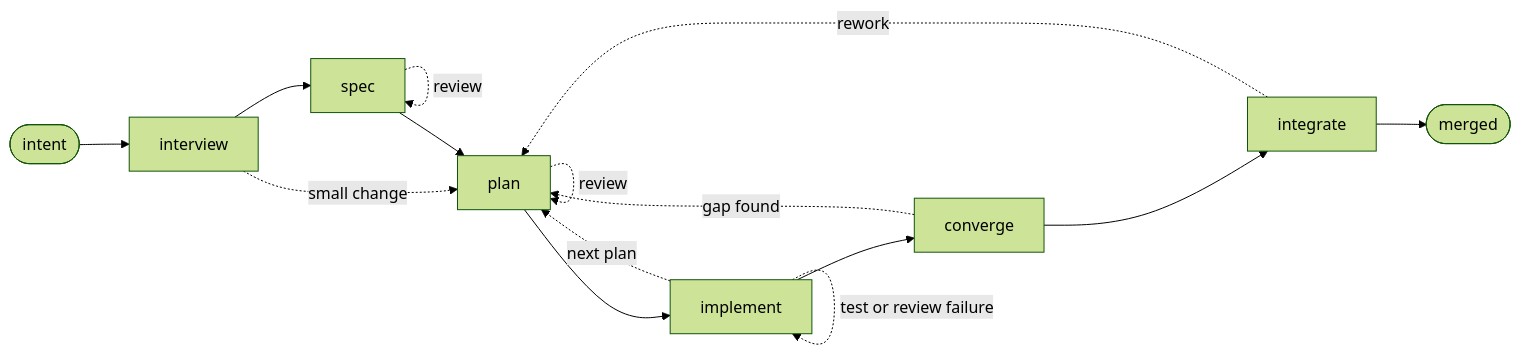
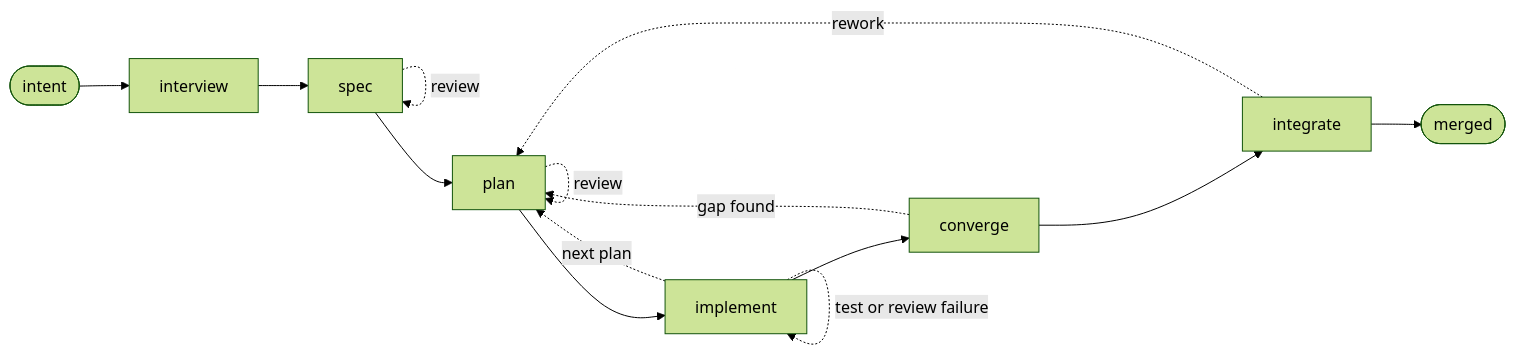
Before and after one commit to jpoimboe/imp: the diagram in README.md, drawn with Mermaid (forest theme). The commit also changed other lines of this file, not shown here.

````diff
--- a/README.md
+++ b/README.md
@@ -79,17 +66,16 @@
 ```mermaid
 flowchart LR
   intent([intent]) --> interview[interview]
   interview --> spec[spec]
-  interview -. small change .-> plan
   spec --> plan[plan]
   plan --> implement[implement]
   implement --> converge[converge]
   converge --> integrate[integrate]
   integrate --> merged([merged])
   spec -. review .-> spec
   plan -. review .-> plan
   implement -. test or review failure .-> implement
   implement -. next plan .-> plan
   converge -. gap found .-> plan
   integrate -. rework .-> plan
 ```
````
